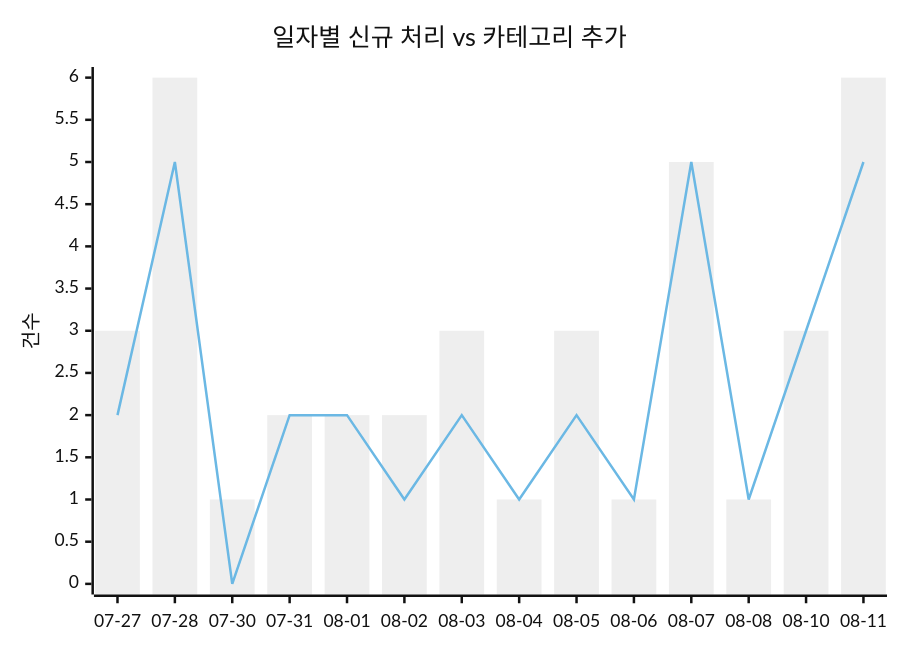
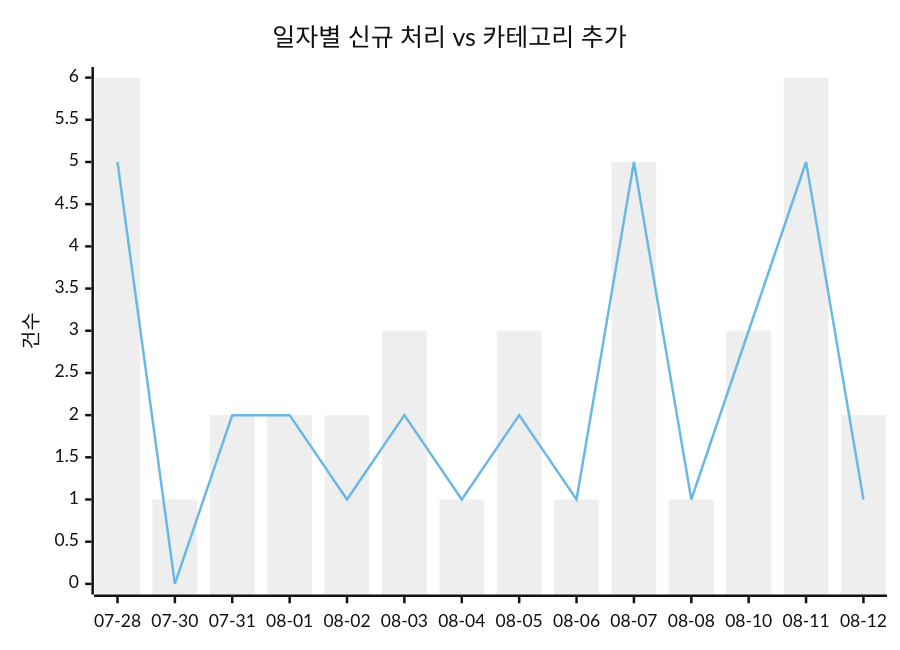
One commit to J-nowcow/awesome-korean-agent-skills changed the first of 2 diagrams in docs/trends.md. Above: the diagram before and after it, drawn with Mermaid (neutral theme). The commit also changed other lines of this file and 4 other files, not shown here.

````diff
--- a/docs/trends.md
+++ b/docs/trends.md
@@ -32,8 +32,8 @@
 ```mermaid
 xychart-beta
     title "일자별 신규 처리 vs 카테고리 추가"
-    x-axis ["07-27","07-28","07-30","07-31","08-01","08-02","08-03","08-04","08-05","08-06","08-07","08-08","08-10","08-11"]
+    x-axis ["07-28","07-30","07-31","08-01","08-02","08-03","08-04","08-05","08-06","08-07","08-08","08-10","08-11","08-12"]
     y-axis "건수"
-    bar [3,6,1,2,2,2,3,1,3,1,5,1,3,6]
-    line [2,5,0,2,2,1,2,1,2,1,5,1,3,5]
+    bar [6,1,2,2,2,3,1,3,1,5,1,3,6,2]
+    line [5,0,2,2,1,2,1,2,1,5,1,3,5,1]
 ```
````
